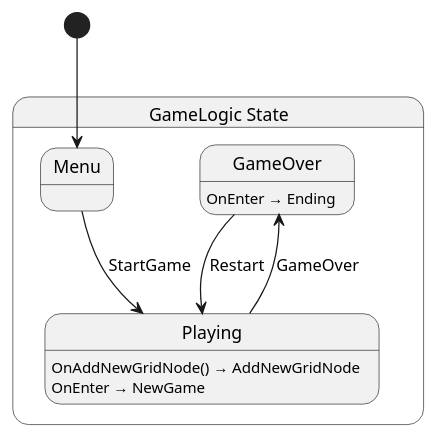
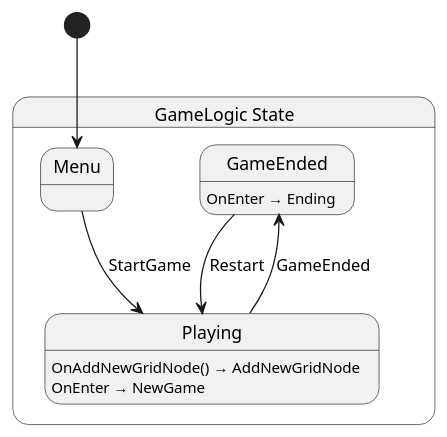
Before and after one commit to stranne/Vertex: the diagram in src/Game/State/GameLogic.g.puml, drawn with PlantUML. The commit also changed 6 other files, not shown here.

Commit message:
Display GameEnded menu and allow to restart the game

```diff
--- a/src/Game/State/GameLogic.g.puml
+++ b/src/Game/State/GameLogic.g.puml
@@ -1,17 +1,17 @@
 @startuml GameLogic
 state "GameLogic State" as Vertex_Game_State_GameLogic_State {
-  state "GameOver" as Vertex_Game_State_GameLogic_State_GameOver
+  state "GameEnded" as Vertex_Game_State_GameLogic_State_GameEnded
   state "Menu" as Vertex_Game_State_GameLogic_State_Menu
   state "Playing" as Vertex_Game_State_GameLogic_State_Playing
 }
 
-Vertex_Game_State_GameLogic_State_GameOver --> Vertex_Game_State_GameLogic_State_Playing : Restart
+Vertex_Game_State_GameLogic_State_GameEnded --> Vertex_Game_State_GameLogic_State_Playing : Restart
 Vertex_Game_State_GameLogic_State_Menu --> Vertex_Game_State_GameLogic_State_Playing : StartGame
-Vertex_Game_State_GameLogic_State_Playing --> Vertex_Game_State_GameLogic_State_GameOver : GameOver
+Vertex_Game_State_GameLogic_State_Playing --> Vertex_Game_State_GameLogic_State_GameEnded : GameEnded
 
-Vertex_Game_State_GameLogic_State_GameOver : OnEnter → Ending
+Vertex_Game_State_GameLogic_State_GameEnded : OnEnter → Ending
 Vertex_Game_State_GameLogic_State_Playing : OnAddNewGridNode() → AddNewGridNode
 Vertex_Game_State_GameLogic_State_Playing : OnEnter → NewGame
 
 [*] --> Vertex_Game_State_GameLogic_State_Menu
 @enduml
```
